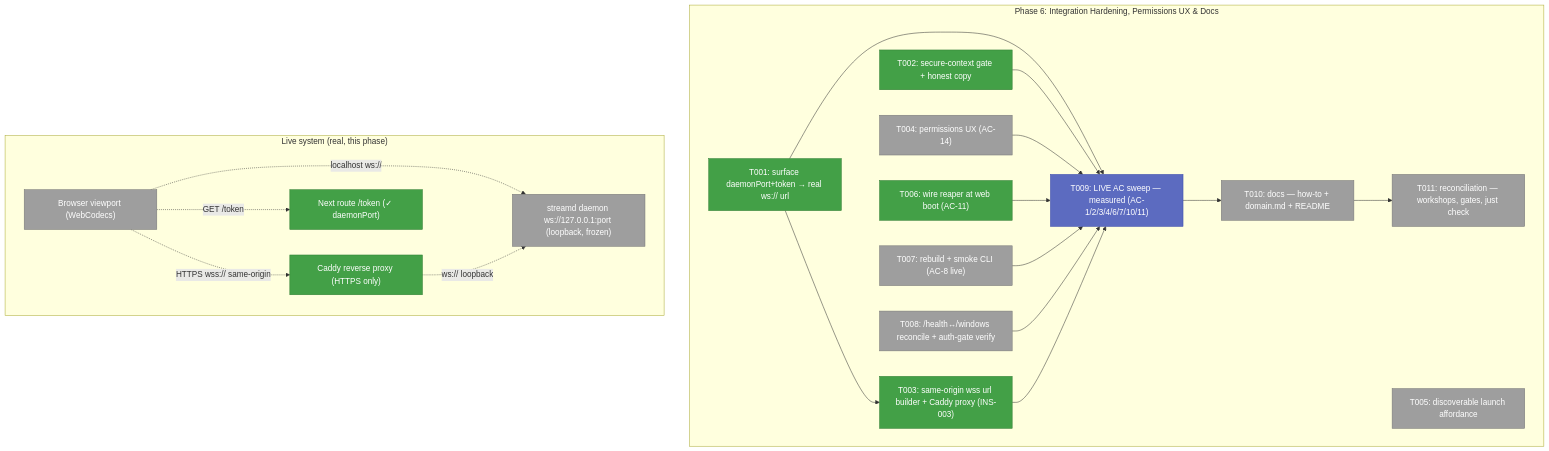
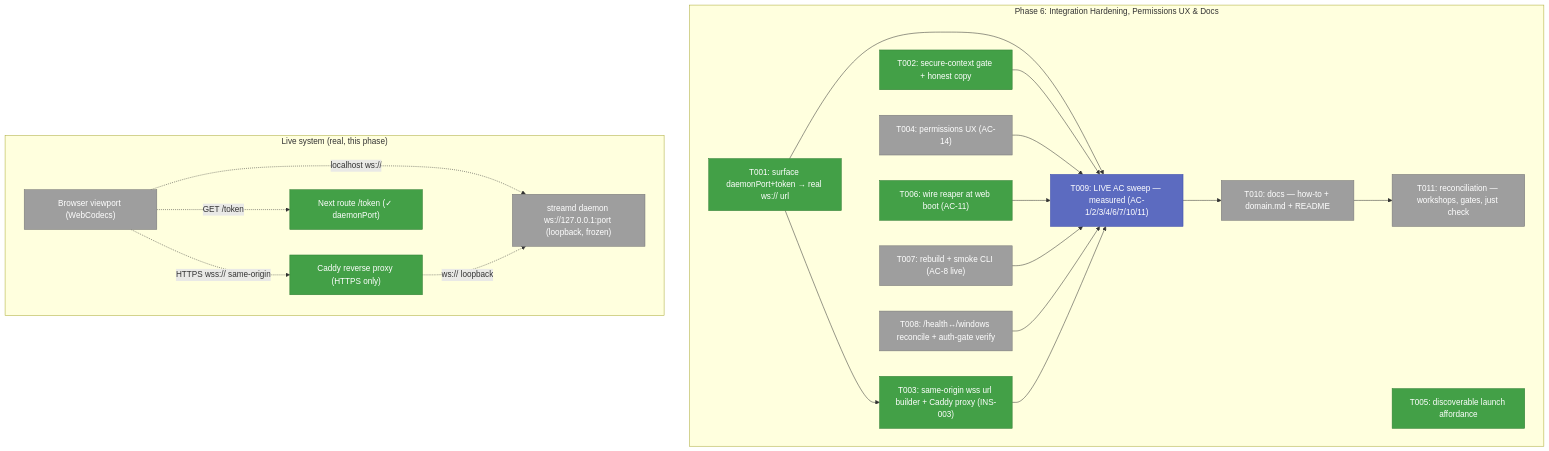
The first of 3 diagrams in docs/plans/088-remote-app-view/tasks/phase-6-integration-hardening-permissions-ux-docs/tasks.md (AI-Substrate/chainglass), drawn with Mermaid before and after one commit. The commit also changed other lines of this file and 1 other file, not shown here.

Commit message:
docs(remote-view): T005 done in tasks + execution log; T006 companion APPROVE recorded (Plan 088 Phase 6)

````diff
--- a/docs/plans/088-remote-app-view/tasks/phase-6-integration-hardening-permissions-ux-docs/tasks.md
+++ b/docs/plans/088-remote-app-view/tasks/phase-6-integration-hardening-permissions-ux-docs/tasks.md
@@ -97,42 +97,42 @@
 ```mermaid
 flowchart TD
     classDef pending fill:#9E9E9E,stroke:#757575,color:#fff
     classDef gate fill:#5C6BC0,stroke:#3949AB,color:#fff
     classDef completed fill:#43A047,stroke:#2E7D32,color:#fff
     classDef inprogress fill:#FB8C00,stroke:#EF6C00,color:#fff
 
     subgraph P6["Phase 6: Integration Hardening, Permissions UX & Docs"]
         T001["T001: surface daemonPort+token → real ws:// url"]:::completed
         T002["T002: secure-context gate + honest copy"]:::completed
         T003["T003: same-origin wss url builder + Caddy proxy (INS-003)"]:::completed
         T004["T004: permissions UX (AC-14)"]:::pending
-        T005["T005: discoverable launch affordance"]:::pending
+        T005["T005: discoverable launch affordance"]:::completed
         T006["T006: wire reaper at web boot (AC-11)"]:::completed
         T007["T007: rebuild + smoke CLI (AC-8 live)"]:::pending
         T008["T008: /health↔/windows reconcile + auth-gate verify"]:::pending
         T009["T009: LIVE AC sweep — measured (AC-1/2/3/4/6/7/10/11)"]:::gate
         T010["T010: docs — how-to + domain.md + README"]:::pending
         T011["T011: reconciliation — workshops, gates, just check"]:::pending
 
         T001 --> T003
         T001 --> T009
         T002 --> T009
         T004 --> T009
         T006 --> T009
         T007 --> T009
         T008 --> T009
         T003 --> T009
         T009 --> T010
         T010 --> T011
     end
 
     subgraph Live["Live system (real, this phase)"]
         BR["Browser viewport (WebCodecs)"]:::pending
         NX["Next route /token (✓ daemonPort)"]:::completed
         CX["Caddy reverse proxy (HTTPS only)"]:::completed
         DA["streamd daemon ws://127.0.0.1:port (loopback, frozen)"]:::pending
         BR -.localhost ws://.-> DA
         BR -.HTTPS wss:// same-origin.-> CX -.ws:// loopback.-> DA
         BR -.GET /token.-> NX
     end
 ```
````
